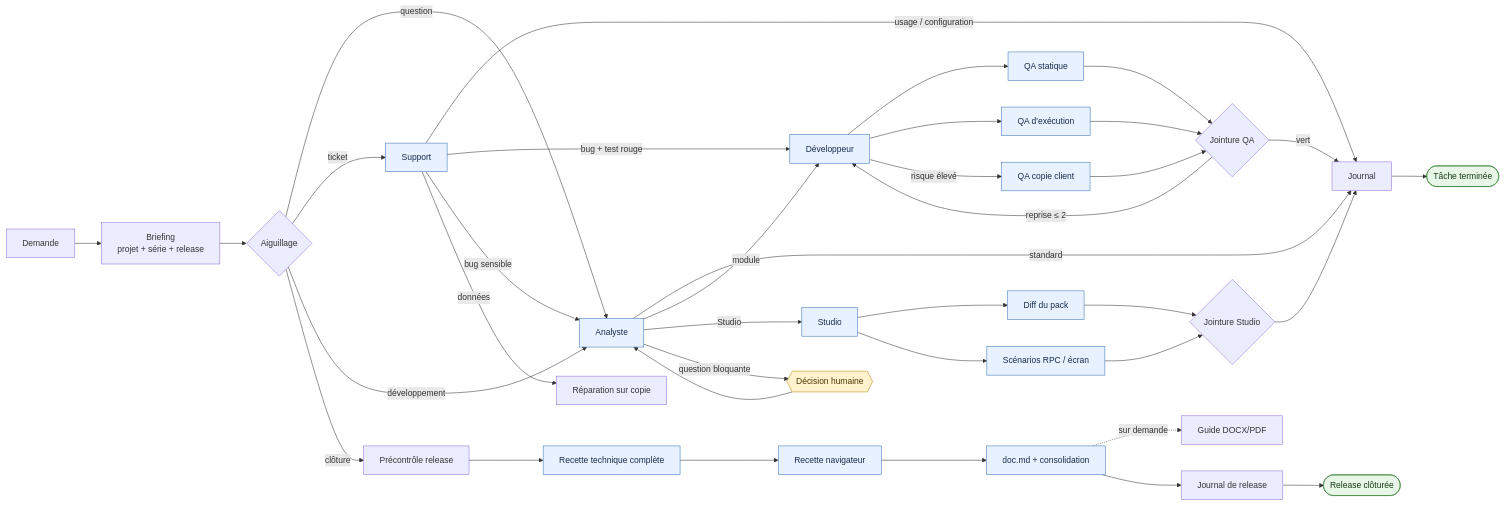
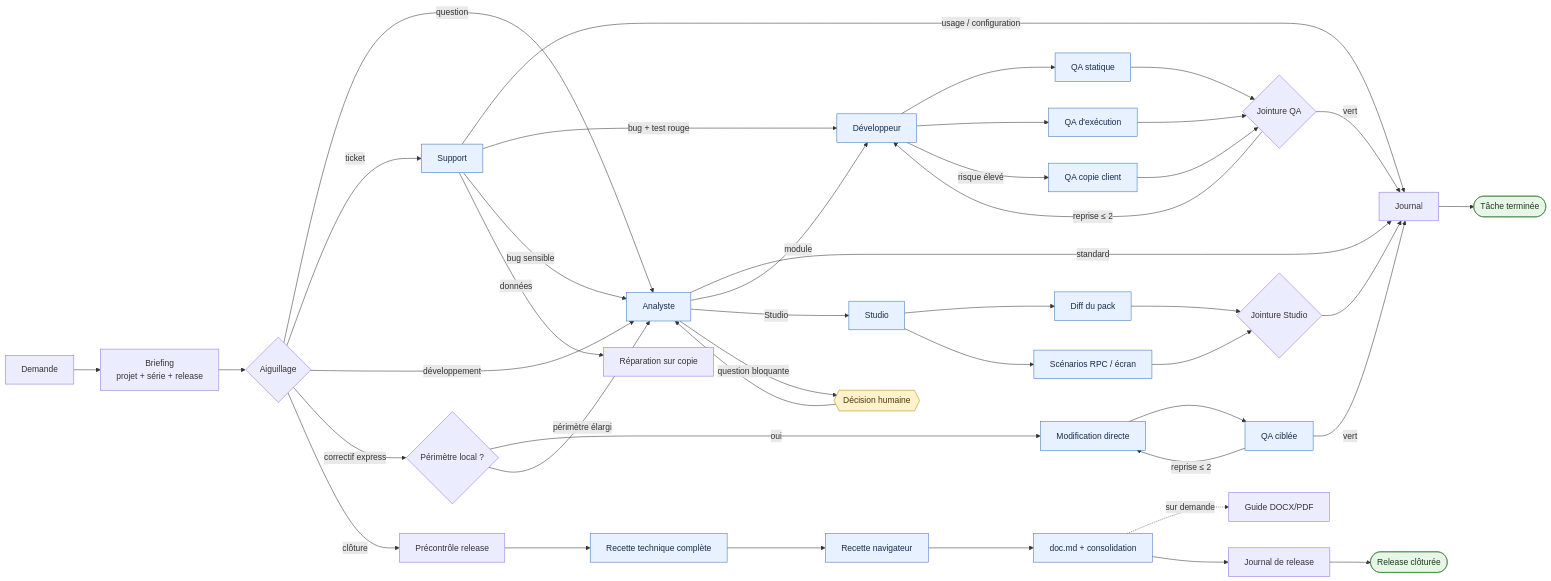
The diagram in docs/ARCHITECTURE.md (le-goff-benoit/odoo-crew), drawn with Mermaid before and after one commit. The commit also changed other lines of this file and 9 other files, not shown here.

````diff
--- a/docs/ARCHITECTURE.md
+++ b/docs/ARCHITECTURE.md
@@ -35,52 +35,59 @@
 ```mermaid
 flowchart LR
     U[Demande] --> B[Briefing<br/>projet + série + release]
     B --> R{Aiguillage}
 
     R -->|question| A[Analyste]
     R -->|ticket| S[Support]
     R -->|développement| A
+    R -->|correctif express| EX{Périmètre local ?}
     R -->|clôture| C[Précontrôle release]
+
+    EX -->|oui| EI[Modification directe]
+    EI --> EQ[QA ciblée]
+    EQ -->|vert| J
+    EQ -->|reprise ≤ 2| EI
+    EX -->|périmètre élargi| A
 
     A -->|standard| J[Journal]
     A -->|module| D[Développeur]
     A -->|Studio| ST[Studio]
     A -->|question bloquante| H{{Décision humaine}}
     H --> A
 
     S -->|usage / configuration| J
     S -->|bug + test rouge| D
     S -->|bug sensible| A
     S -->|données| DR[Réparation sur copie]
 
     D --> Q1[QA statique]
     D --> Q2[QA d'exécution]
     D -->|risque élevé| Q3[QA copie client]
     Q1 --> QG{Jointure QA}
     Q2 --> QG
     Q3 --> QG
     QG -->|vert| J
     QG -->|reprise ≤ 2| D
 
     ST --> SQ1[Diff du pack]
     ST --> SQ2[Scénarios RPC / écran]
     SQ1 --> SG{Jointure Studio}
     SQ2 --> SG
     SG --> J
 
     C --> CQ[Recette technique complète]
     CQ --> CB[Recette navigateur]
     CB --> CD[doc.md + consolidation]
     CD -.->|sur demande| G[Guide DOCX/PDF]
     CD --> CJ[Journal de release]
 
     J --> F([Tâche terminée])
     CJ --> FC([Release clôturée])
 
     classDef agent fill:#e8f1ff,stroke:#3973b9,color:#172b4d;
     classDef human fill:#fff2cc,stroke:#b8860b,color:#4b3600;
     classDef terminal fill:#e7f6e7,stroke:#398439,color:#173b17;
-    class A,S,D,ST,Q1,Q2,Q3,SQ1,SQ2,CQ,CB,CD agent;
+    class A,S,D,ST,Q1,Q2,Q3,SQ1,SQ2,CQ,CB,CD,EI,EQ agent;
     class H human;
     class F,FC terminal;
 ```
````
